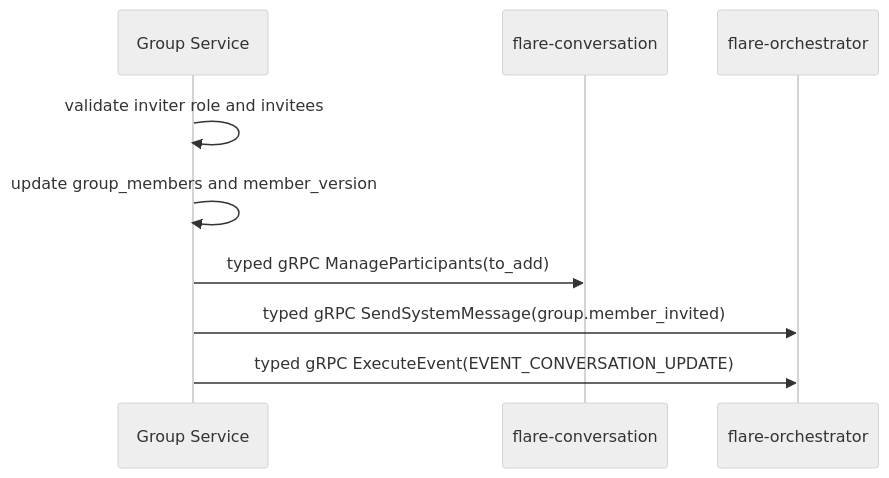
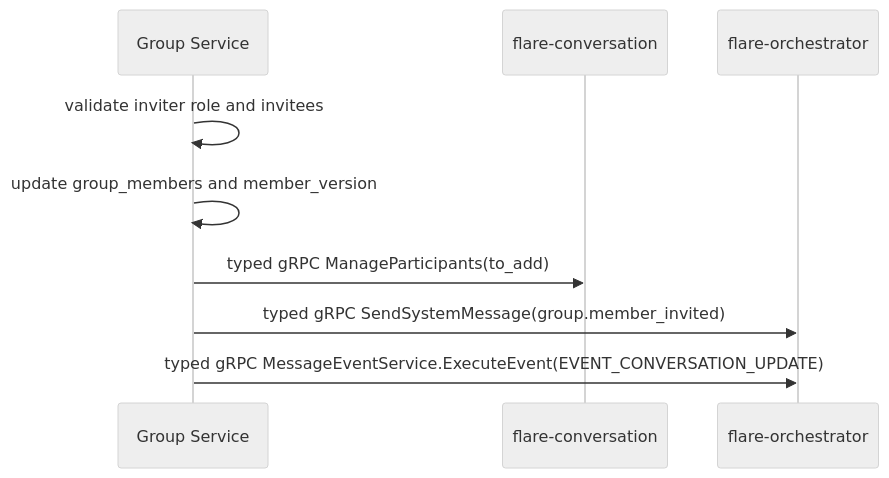
Before and after one commit to flare-im/flare-im-core-server: the fourth of 4 diagrams in docs/05-business-system-examples.md, drawn with Mermaid (neutral theme). The commit also changed other lines of this file and 555 other files, not shown here.

Commit message:
chore(im-core): checkpoint architecture boundary refactor

````diff
--- a/docs/05-business-system-examples.md
+++ b/docs/05-business-system-examples.md
@@ -231,12 +231,12 @@
 ```mermaid
 sequenceDiagram
     participant Biz as Group Service
     participant Conv as flare-conversation
     participant Msg as flare-orchestrator
 
     Biz->>Biz: validate inviter role and invitees
     Biz->>Biz: update group_members and member_version
     Biz->>Conv: typed gRPC ManageParticipants(to_add)
     Biz->>Msg: typed gRPC SendSystemMessage(group.member_invited)
-    Biz->>Msg: typed gRPC ExecuteEvent(EVENT_CONVERSATION_UPDATE)
+    Biz->>Msg: typed gRPC MessageEventService.ExecuteEvent(EVENT_CONVERSATION_UPDATE)
 ```
````
